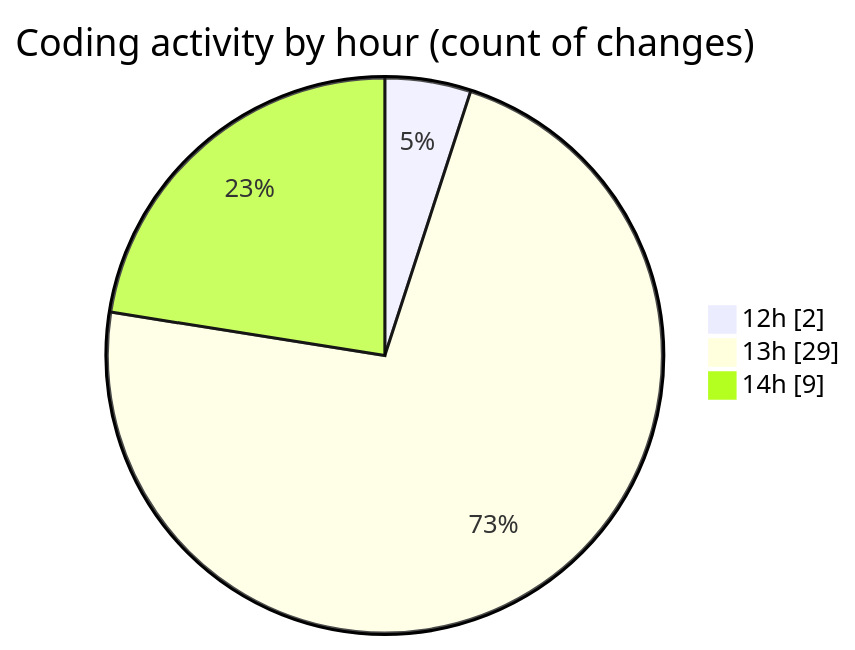
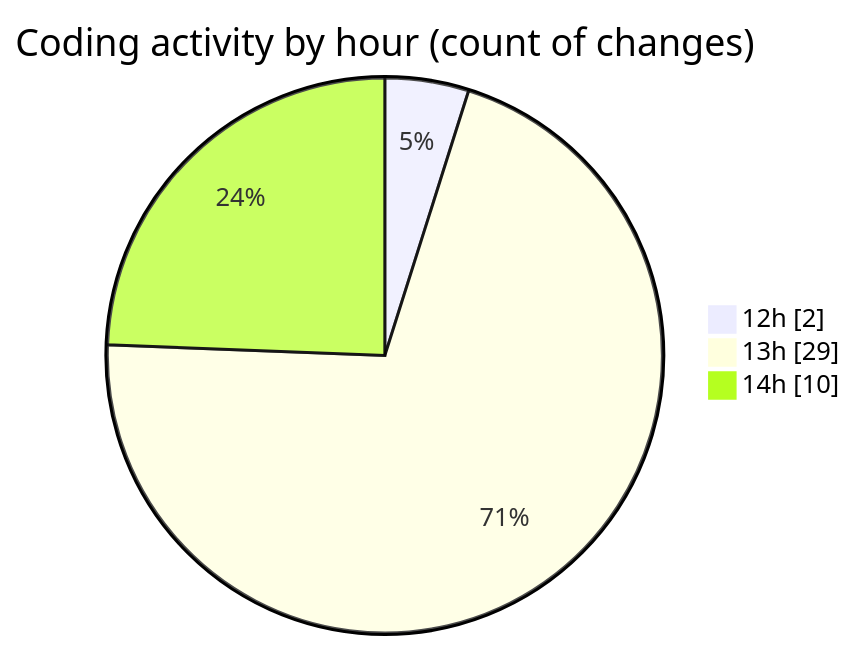
The second of 2 diagrams in 2025-06-20/studio-backend/README.md (idhammustaqopulfikri/code-tracking), drawn with Mermaid before and after one commit. The commit also changed other lines of this file and 1 other file, not shown here.

````diff
--- a/2025-06-20/studio-backend/README.md
+++ b/2025-06-20/studio-backend/README.md
@@ -33,7 +34,7 @@
 ```mermaid
 pie showData
 title Coding activity by hour (count of changes)
 "12h" : 2
 "13h" : 29
-"14h" : 9
+"14h" : 10
 ```
````
